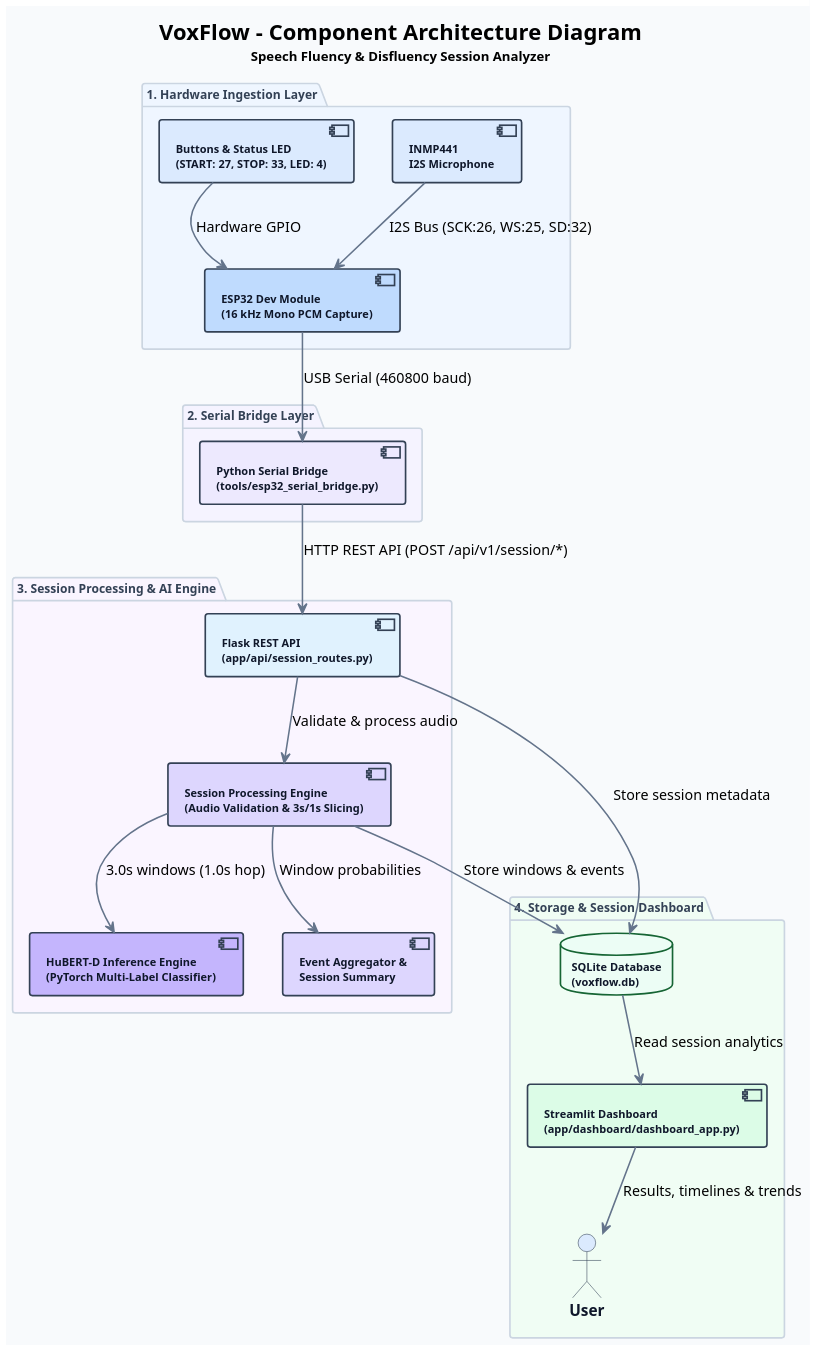
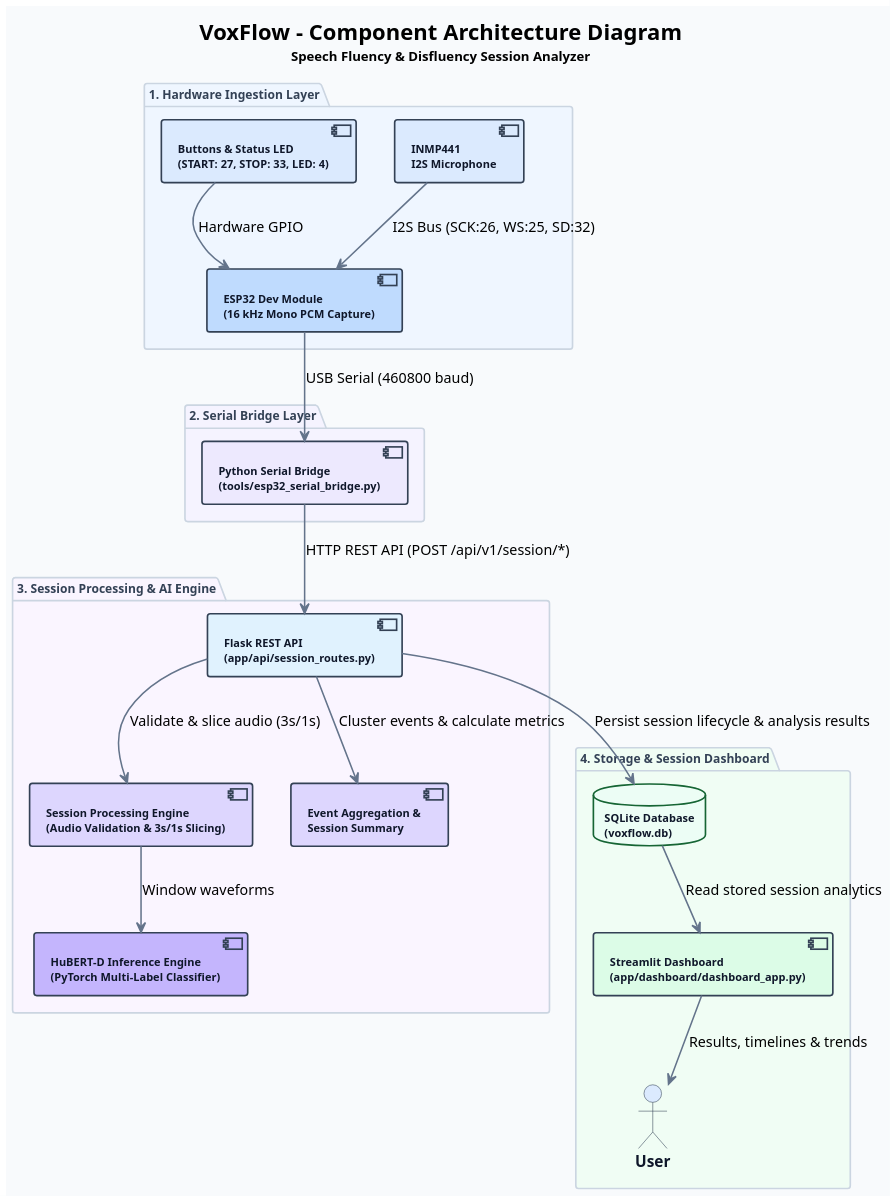
One commit to PetaSivaNandhanReddy/voxflow changed the diagram in VoxFlow_uml/VoxFlow_uml/architecture_design/08_component.puml. Above: the diagram before and after it, drawn with PlantUML. The commit also changed 5 other files, not shown here.

Commit message:
docs: finalize uml implementation accuracy

```diff
--- a/VoxFlow_uml/VoxFlow_uml/architecture_design/08_component.puml
+++ b/VoxFlow_uml/VoxFlow_uml/architecture_design/08_component.puml
@@ -1,104 +1,103 @@
 @startuml
 title <size:20><b>VoxFlow - Component Architecture Diagram</b></size>\n<size:12>Speech Fluency & Disfluency Session Analyzer</size>
 
 skinparam backgroundColor #F8FAFC
 skinparam shadowing false
 skinparam dpi 170
 
 skinparam component {
     BackgroundColor #FFFFFF
     BorderColor #334155
     BorderThickness 1.5
     FontColor #0F172A
     FontSize 10
     FontStyle bold
 }
 
 skinparam package {
     BackgroundColor #F8FAFC
     BorderColor #CBD5E1
     BorderThickness 1.5
     FontColor #334155
     FontSize 11
     FontStyle bold
 }
 
 skinparam database {
     BackgroundColor #ECFDF5
     BorderColor #166534
     BorderThickness 1.5
     FontColor #0F172A
     FontSize 10
     FontStyle bold
 }
 
 skinparam actor {
     BackgroundColor #DBEAFE
     BorderColor #334155
     FontColor #0F172A
     FontStyle bold
 }
 
 skinparam ArrowColor #64748B
 skinparam ArrowThickness 1.4
 
 ' =========================================================
 ' 1. HARDWARE LAYER
 ' =========================================================
 
 package "1. Hardware Ingestion Layer" #EFF6FF {
     component "INMP441\nI2S Microphone" as Mic #DBEAFE
     component "Buttons & Status LED\n(START: 27, STOP: 33, LED: 4)" as Controls #DBEAFE
     component "ESP32 Dev Module\n(16 kHz Mono PCM Capture)" as ESP #BFDBFE
 
     Mic --> ESP : I2S Bus (SCK:26, WS:25, SD:32)
     Controls --> ESP : Hardware GPIO
 }
 
 ' =========================================================
 ' 2. SERIAL INGESTION LAYER
 ' =========================================================
 
 package "2. Serial Bridge Layer" #F5F3FF {
     component "Python Serial Bridge\n(tools/esp32_serial_bridge.py)" as Bridge #EDE9FE
 }
 
 ' =========================================================
 ' 3. BACKEND & AI ENGINE
 ' =========================================================
 
 package "3. Session Processing & AI Engine" #FAF5FF {
     component "Flask REST API\n(app/api/session_routes.py)" as API #E0F2FE
     component "Session Processing Engine\n(Audio Validation & 3s/1s Slicing)" as Engine #DDD6FE
     component "HuBERT-D Inference Engine\n(PyTorch Multi-Label Classifier)" as Model #C4B5FD
-    component "Event Aggregator &\nSession Summary" as Summary #DDD6FE
+    component "Event Aggregation &\nSession Summary" as Summary #DDD6FE
 
-    API --> Engine : Validate & process audio
-    Engine --> Model : 3.0s windows (1.0s hop)
-    Engine --> Summary : Window probabilities
+    API --> Engine : Validate & slice audio (3s/1s)
+    Engine --> Model : Window waveforms
+    API --> Summary : Cluster events & calculate metrics
 }
 
 ' =========================================================
 ' 4. STORAGE & DASHBOARD
 ' =========================================================
 
 package "4. Storage & Session Dashboard" #F0FDF4 {
     database "SQLite Database\n(voxflow.db)" as DB #ECFDF5
     component "Streamlit Dashboard\n(app/dashboard/dashboard_app.py)" as UI #DCFCE7
 
     actor "User" as User #DBEAFE
 
-    Engine --> DB : Store windows & events
-    API --> DB : Store session metadata
-    DB --> UI : Read session analytics
+    API --> DB : Persist session lifecycle & analysis results
+    DB --> UI : Read stored session analytics
     UI --> User : Results, timelines & trends
 }
 
 ' =========================================================
 ' CROSS-LAYER CONNECTIONS
 ' =========================================================
 
 ESP --> Bridge : USB Serial (460800 baud)
 Bridge --> API : HTTP REST API (POST /api/v1/session/*)
 
 @enduml
```
